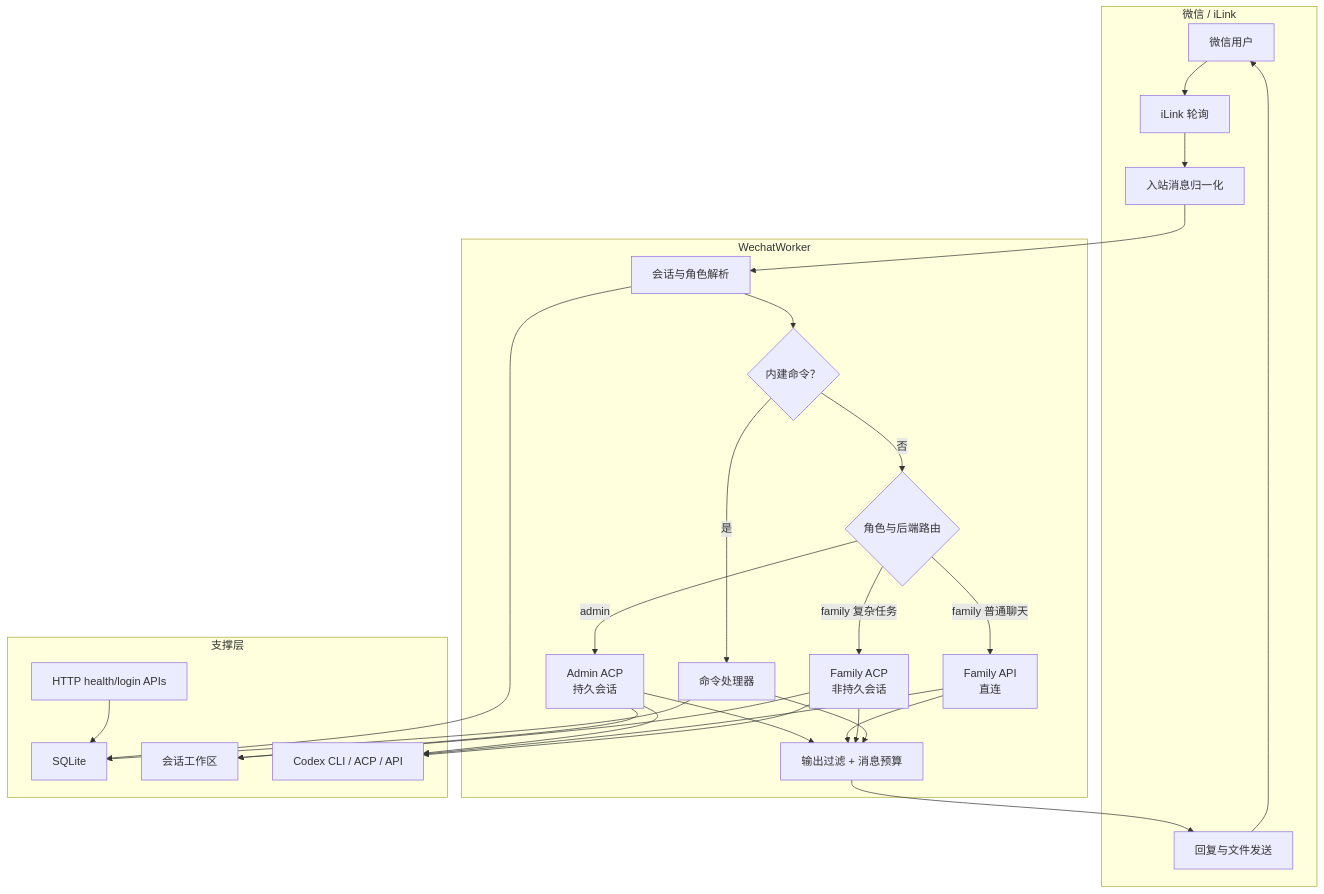
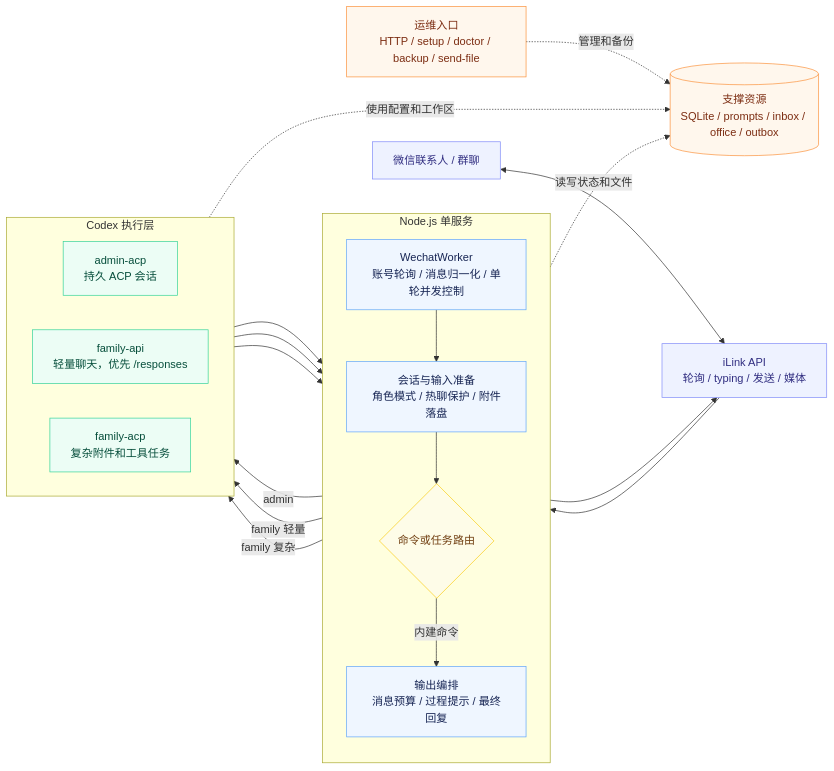
The diagram in README.md (thekfjie/weixin-household-gateway), drawn with Mermaid before and after one commit. The commit also changed other lines of this file and 10 other files, not shown here.

````diff
--- a/README.md
+++ b/README.md
@@ -41,39 +41,52 @@
 ```mermaid
-flowchart TB
-  subgraph WeChat["微信 / iLink"]
-    USER["微信用户"] --> POLL["iLink 轮询"]
-    POLL --> INBOUND["入站消息归一化"]
-    OUTBOUND["回复与文件发送"] --> USER
+flowchart LR
+  WX["微信联系人 / 群聊"]
+  ILINK["iLink API<br/>轮询 / typing / 发送 / 媒体"]
+
+  subgraph GATEWAY["Node.js 单服务"]
+    direction TB
+    WORKER["WechatWorker<br/>账号轮询 / 消息归一化 / 单轮并发控制"]
+    TURN["会话与输入准备<br/>角色模式 / 热聊保护 / 附件落盘"]
+    ROUTE{"命令或任务路由"}
+    REPLY["输出编排<br/>消息预算 / 过程提示 / 最终回复"]
+
+    WORKER --> TURN --> ROUTE
   end
 
-  subgraph Worker["WechatWorker"]
-    INBOUND --> SESSION["会话与角色解析"]
-    SESSION --> COMMAND{"内建命令？"}
-    COMMAND -->|是| CMD["命令处理器"]
-    COMMAND -->|否| ROUTE{"角色与后端路由"}
-    ROUTE -->|admin| ADMINACP["Admin ACP<br/>持久会话"]
-    ROUTE -->|family 普通聊天| FAPI["Family API<br/>直连"]
-    ROUTE -->|family 复杂任务| FACP["Family ACP<br/>非持久会话"]
-    ADMINACP --> REPLY["输出过滤 + 消息预算"]
-    FAPI --> REPLY
-    FACP --> REPLY
-    CMD --> REPLY
-    REPLY --> OUTBOUND
+  subgraph BACKENDS["Codex 执行层"]
+    direction LR
+    ADMIN["admin-acp<br/>持久 ACP 会话"]
+    FAPI["family-api<br/>轻量聊天，优先 /responses"]
+    FACP["family-acp<br/>复杂附件和工具任务"]
   end
 
-  subgraph Support["支撑层"]
-    DB["SQLite"]
-    FILES["会话工作区"]
-    HTTP["HTTP health/login APIs"]
-    CODEX["Codex CLI / ACP / API"]
-  end
+  SUPPORT[("支撑资源<br/>SQLite / prompts / inbox / office / outbox")]
+  OPS["运维入口<br/>HTTP / setup / doctor / backup / send-file"]
 
-  SESSION --> DB
-  CMD --> DB
-  ADMINACP --> CODEX
-  FAPI --> CODEX
-  FACP --> CODEX
-  ADMINACP --> FILES
-  FACP --> FILES
-  HTTP --> DB
+  WX <--> ILINK
+  ILINK --> WORKER
+  ROUTE -->|内建命令| REPLY
+  ROUTE -->|admin| ADMIN
+  ROUTE -->|family 轻量| FAPI
+  ROUTE -->|family 复杂| FACP
+  ADMIN --> REPLY
+  FAPI --> REPLY
+  FACP --> REPLY
+  REPLY --> ILINK
+
+  GATEWAY -. 读写状态和文件 .-> SUPPORT
+  BACKENDS -. 使用配置和工作区 .-> SUPPORT
+  OPS -. 管理和备份 .-> SUPPORT
+
+  classDef edge fill:#eef2ff,stroke:#818cf8,color:#312e81;
+  classDef gateway fill:#eff6ff,stroke:#60a5fa,color:#172554;
+  classDef decision fill:#fefce8,stroke:#facc15,color:#713f12;
+  classDef backend fill:#ecfdf5,stroke:#34d399,color:#064e3b;
+  classDef support fill:#fff7ed,stroke:#fb923c,color:#7c2d12;
+
+  class WX,ILINK edge;
+  class WORKER,TURN,REPLY gateway;
+  class ROUTE decision;
+  class ADMIN,FAPI,FACP backend;
+  class SUPPORT,OPS support;
 ```
````
